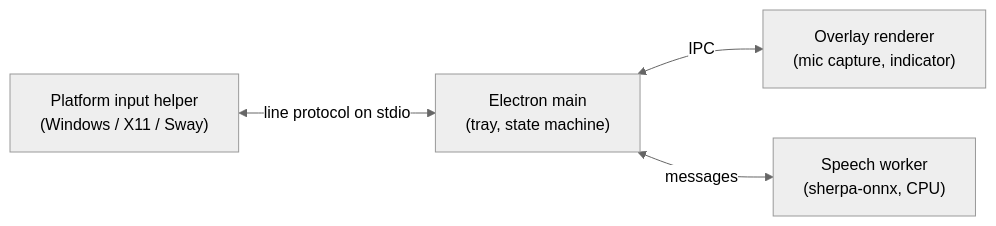
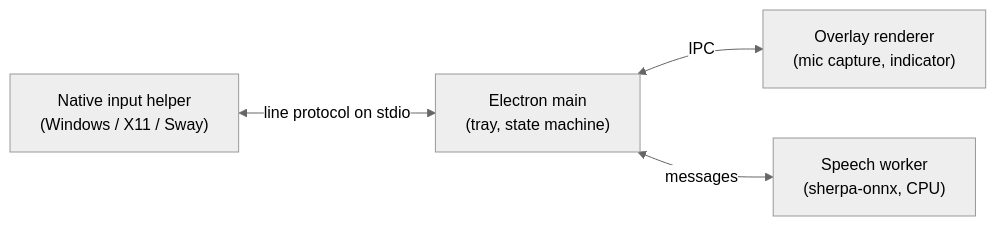
One commit to MohamedAMAH/Chirp changed the diagram in README.md. Above: the diagram before and after it, drawn with Mermaid (neutral theme). The commit also changed other lines of this file, not shown here.

````diff
--- a/README.md
+++ b/README.md
@@ -185,6 +176,6 @@
 ```mermaid
 flowchart LR
-    H["Platform input helper<br/>(Windows / X11 / Sway)"] <-->|"line protocol on stdio"| M["Electron main<br/>(tray, state machine)"]
+    H["Native input helper<br/>(Windows / X11 / Sway)"] <-->|"line protocol on stdio"| M["Electron main<br/>(tray, state machine)"]
     M <-->|IPC| R["Overlay renderer<br/>(mic capture, indicator)"]
     M <-->|messages| W["Speech worker<br/>(sherpa-onnx, CPU)"]
 ```
````
